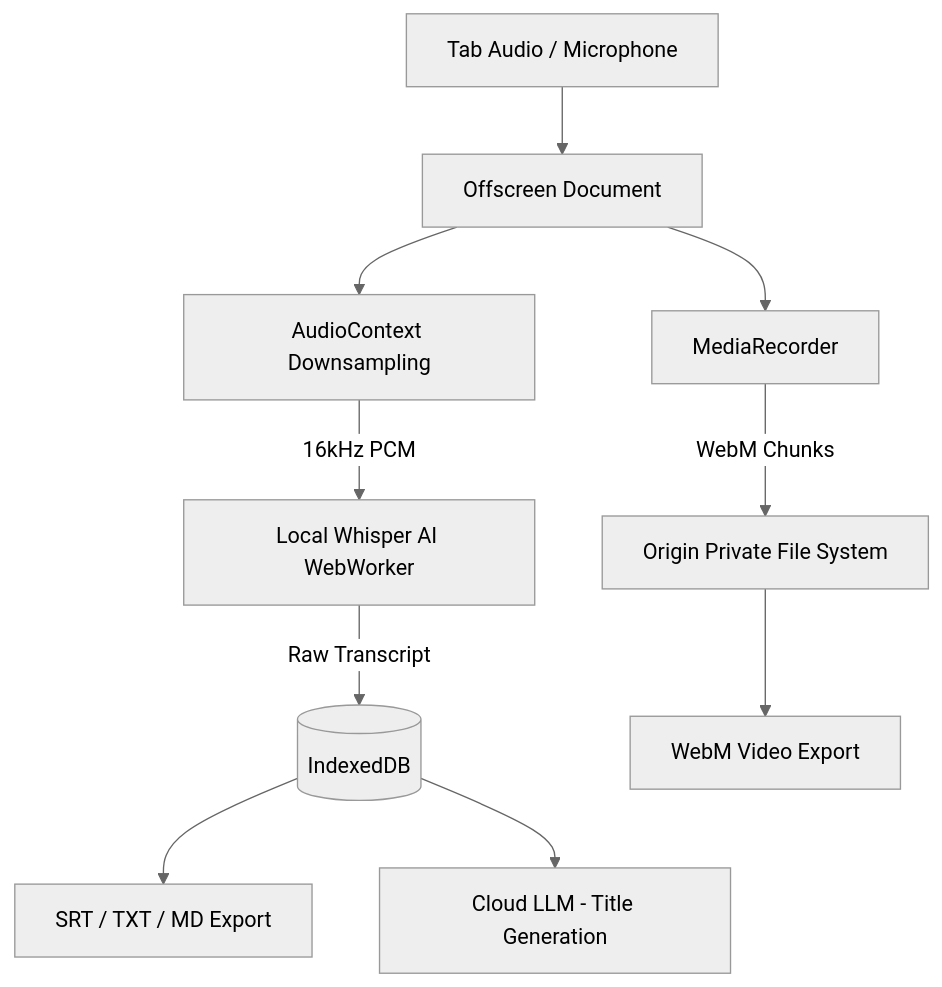
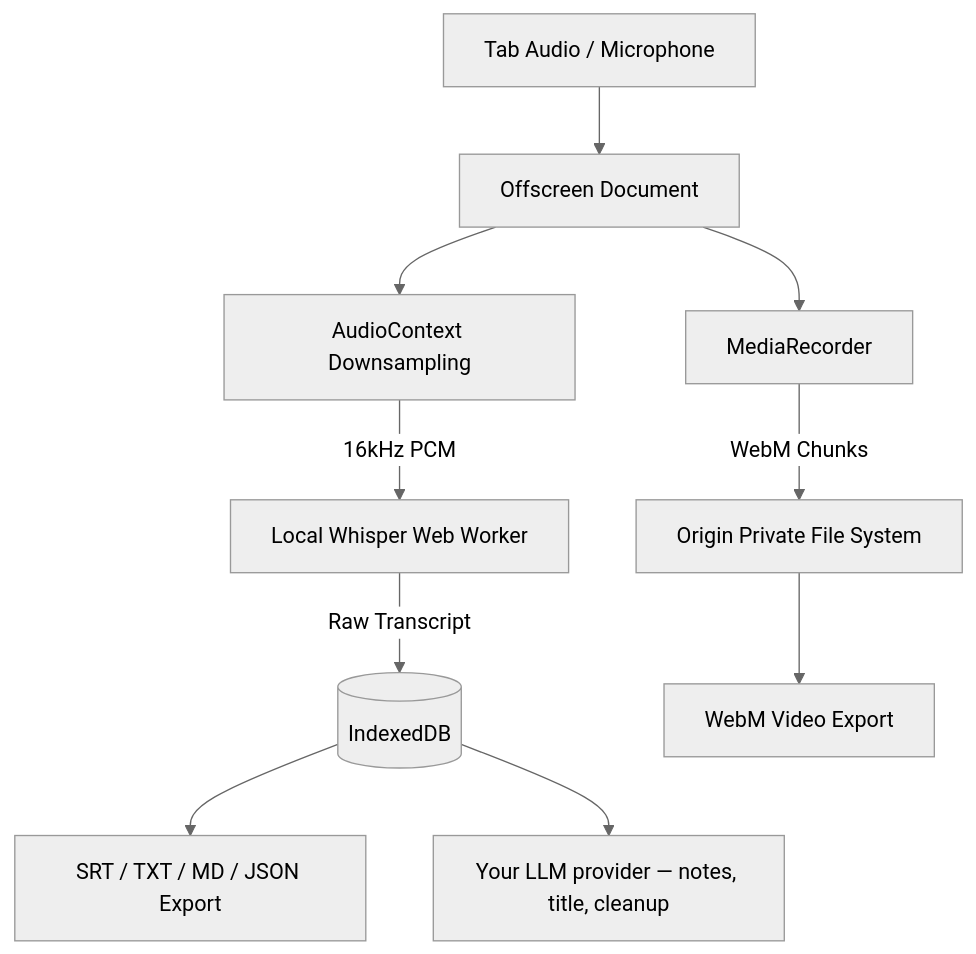
One commit to hemalbadola/silentscribe changed the diagram in README.md. Above: the diagram before and after it, drawn with Mermaid (neutral theme). The commit also changed other lines of this file and 4411 other files, not shown here.

````diff
--- a/README.md
+++ b/README.md
@@ -9,15 +9,15 @@
 ```mermaid
 graph TD
     A[Tab Audio / Microphone] --> B[Offscreen Document]
     B --> C[MediaRecorder]
     B --> D[AudioContext Downsampling]
-    
+
     C -->|WebM Chunks| E[Origin Private File System]
-    D -->|16kHz PCM| F[Local Whisper AI WebWorker]
-    
+    D -->|16kHz PCM| F[Local Whisper Web Worker]
+
     F -->|Raw Transcript| G[(IndexedDB)]
-    
+
     E --> H[WebM Video Export]
-    G --> I[SRT / TXT / MD Export]
-    G --> J[Cloud LLM - Title Generation]
+    G --> I[SRT / TXT / MD / JSON Export]
+    G --> J[Your LLM provider — notes, title, cleanup]
 ```
````
